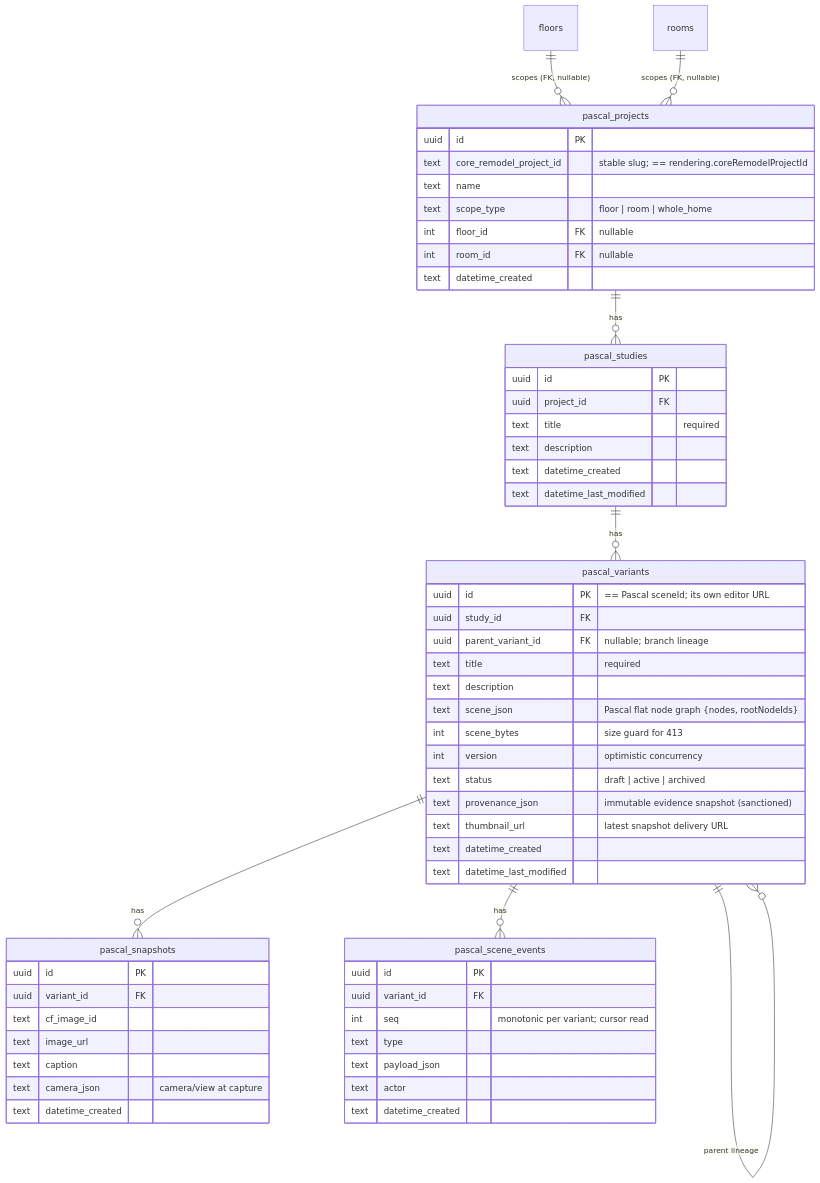
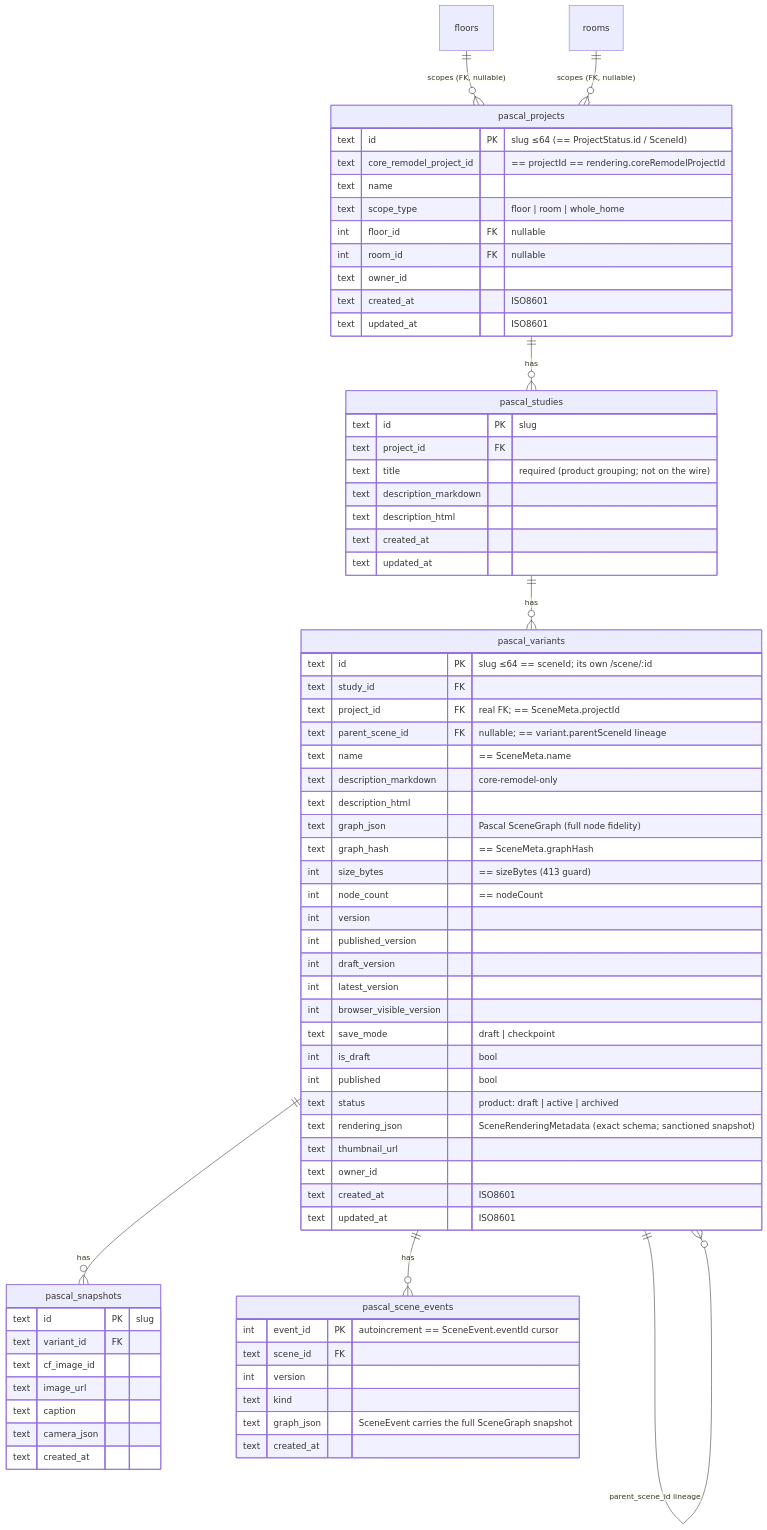
Before and after one commit to jmbish04/core-remodel: the second of 5 diagrams in docs/0043_pascal_render_integration/IMPLEMENTATION_PLAN.md, drawn with Mermaid. The commit also changed other lines of this file and 1 other file, not shown here.

Commit message:
docs(0043): align to editor PR#1 contract + full node-graph fidelity
- Mirror jmbish04/editor#1 (feat/core-remodel-pascal-integration) types
  byte-for-byte: slug ids, name (not title), ISO-8601, saveMode draft|
  checkpoint + version rollup, graphHash, exact SceneRenderingMetadata,
  error codes 409/404/413/400.
- Add full-fidelity MCP surface: get_scene_graph (read every node/property),
  edit_scene_nodes (granular any-node/any-property), put_scene_graph.

````diff
--- a/docs/0043_pascal_render_integration/IMPLEMENTATION_PLAN.md
+++ b/docs/0043_pascal_render_integration/IMPLEMENTATION_PLAN.md
@@ -88,61 +94,75 @@
 ```mermaid
 erDiagram
   floors ||--o{ pascal_projects : "scopes (FK, nullable)"
   rooms  ||--o{ pascal_projects : "scopes (FK, nullable)"
   pascal_projects ||--o{ pascal_studies  : has
   pascal_studies  ||--o{ pascal_variants : has
-  pascal_variants ||--o{ pascal_variants : "parent lineage"
+  pascal_variants ||--o{ pascal_variants : "parent_scene_id lineage"
   pascal_variants ||--o{ pascal_snapshots    : has
   pascal_variants ||--o{ pascal_scene_events : has
 
   pascal_projects {
-    uuid   id PK
-    text   core_remodel_project_id "stable slug; == rendering.coreRemodelProjectId"
+    text   id PK "slug ≤64 (== ProjectStatus.id / SceneId)"
+    text   core_remodel_project_id "== projectId == rendering.coreRemodelProjectId"
     text   name
     text   scope_type "floor | room | whole_home"
     int    floor_id FK "nullable"
     int    room_id  FK "nullable"
-    text   datetime_created
+    text   owner_id
+    text   created_at "ISO8601"
+    text   updated_at "ISO8601"
   }
   pascal_studies {
-    uuid   id PK
-    uuid   project_id FK
-    text   title       "required"
-    text   description
-    text   datetime_created
-    text   datetime_last_modified
+    text   id PK "slug"
+    text   project_id FK
+    text   title       "required (product grouping; not on the wire)"
+    text   description_markdown
+    text   description_html
+    text   created_at
+    text   updated_at
   }
   pascal_variants {
-    uuid   id PK "== Pascal sceneId; its own editor URL"
-    uuid   study_id FK
-    uuid   parent_variant_id FK "nullable; branch lineage"
-    text   title       "required"
-    text   description
-    text   scene_json  "Pascal flat node graph {nodes, rootNodeIds}"
-    int    scene_bytes "size guard for 413"
-    int    version     "optimistic concurrency"
-    text   status      "draft | active | archived"
-    text   provenance_json "immutable evidence snapshot (sanctioned)"
-    text   thumbnail_url   "latest snapshot delivery URL"
-    text   datetime_created
-    text   datetime_last_modified
+    text   id PK "slug ≤64 == sceneId; its own /scene/:id"
+    text   study_id  FK
+    text   project_id FK "real FK; == SceneMeta.projectId"
+    text   parent_scene_id FK "nullable; == variant.parentSceneId lineage"
+    text   name "== SceneMeta.name"
+    text   description_markdown "core-remodel-only"
+    text   description_html
+    text   graph_json "Pascal SceneGraph (full node fidelity)"
+    text   graph_hash "== SceneMeta.graphHash"
+    int    size_bytes "== sizeBytes (413 guard)"
+    int    node_count "== nodeCount"
+    int    version
+    int    published_version
+    int    draft_version
+    int    latest_version
+    int    browser_visible_version
+    text   save_mode "draft | checkpoint"
+    int    is_draft   "bool"
+    int    published  "bool"
+    text   status "product: draft | active | archived"
+    text   rendering_json "SceneRenderingMetadata (exact schema; sanctioned snapshot)"
+    text   thumbnail_url
+    text   owner_id
+    text   created_at "ISO8601"
+    text   updated_at "ISO8601"
   }
   pascal_snapshots {
-    uuid   id PK
-    uuid   variant_id FK
+    text   id PK "slug"
+    text   variant_id FK
     text   cf_image_id
     text   image_url
     text   caption
-    text   camera_json "camera/view at capture"
-    text   datetime_created
+    text   camera_json
+    text   created_at
   }
   pascal_scene_events {
-    uuid   id PK
-    uuid   variant_id FK
-    int    seq        "monotonic per variant; cursor read"
-    text   type
-    text   payload_json
-    text   actor
-    text   datetime_created
+    int    event_id PK "autoincrement == SceneEvent.eventId cursor"
+    text   scene_id FK
+    int    version
+    text   kind
+    text   graph_json "SceneEvent carries the full SceneGraph snapshot"
+    text   created_at
   }
 ```
````
